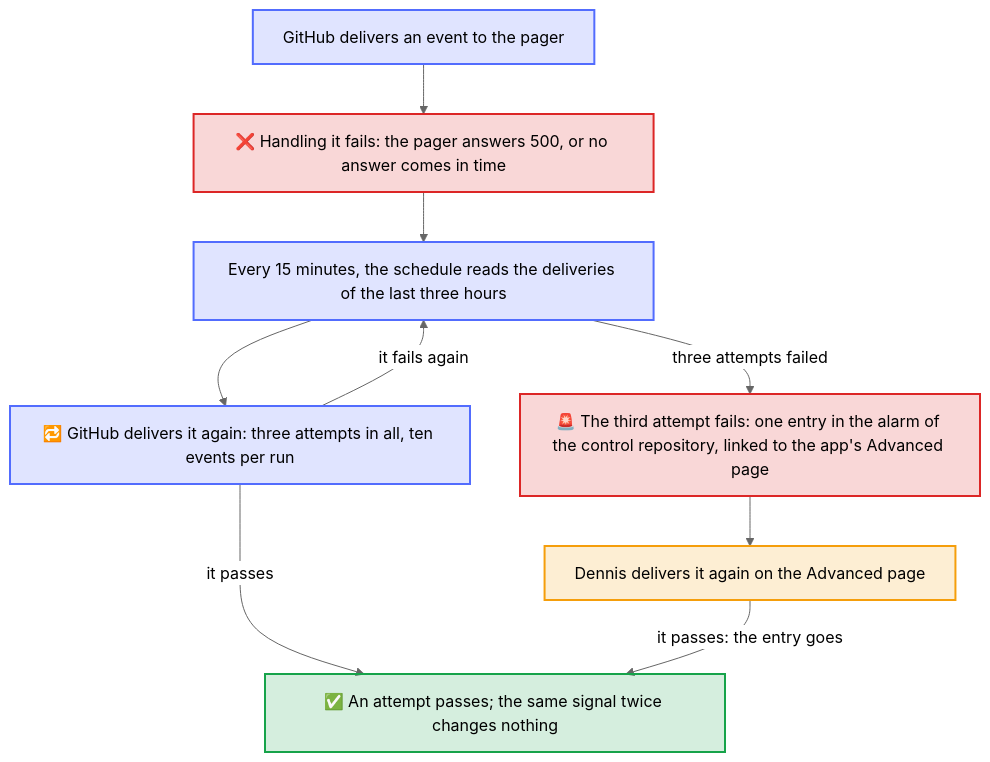
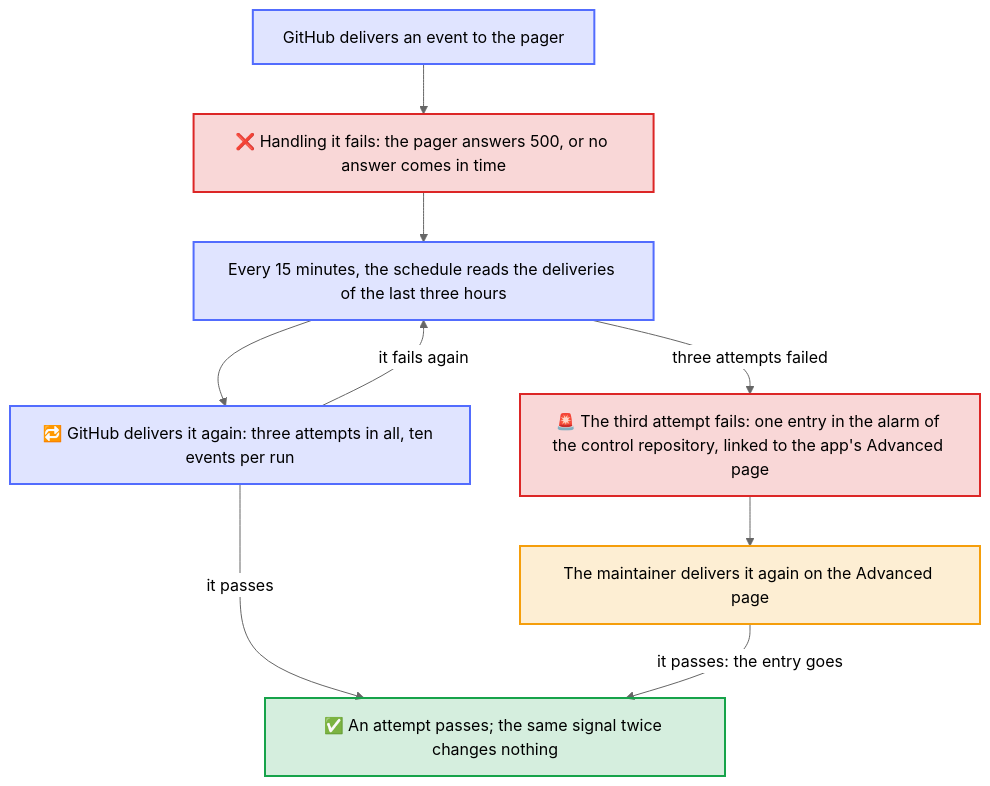
Before and after one commit to Dennis-Otto/dennis-otto-pager: the diagram in docs/diagrams/when-an-event-fails.mmd, drawn with Mermaid (neutral theme). The commit also changed 146 other files, not shown here.

First line of the commit message:
feat: Dennis Otto Pager is now Repo Pager, a pager that anyone runs for their own repositories (#110)

```diff
--- a/docs/diagrams/when-an-event-fails.mmd
+++ b/docs/diagrams/when-an-event-fails.mmd
@@ -1,32 +1,32 @@
 ---
 config:
   flowchart:
     wrappingWidth: 400
 ---
 flowchart TB
     accTitle: When an event of GitHub fails
-    accDescr: GitHub delivers an event to the pager, and handling it fails, such as in an outage of Telegram, so the pager answers 500, or no answer comes in time. GitHub never delivers it again by itself. Every 15 minutes, the schedule reads the deliveries of the app's webhook of the last three hours, and has GitHub deliver the event again, up to three attempts in all and ten events per run. An attempt that passes ends it, and since each signal changes nothing when it comes twice, a redelivery is safe. When the third attempt fails as well, the alarm of the control repository gets one entry, An event of GitHub fails, linked to the recent deliveries on the app's Advanced page. Dennis can deliver it again there, and an attempt that passes takes the entry out.
+    accDescr: GitHub delivers an event to the pager, and handling it fails, such as in an outage of Telegram, so the pager answers 500, or no answer comes in time. GitHub never delivers it again by itself. Every 15 minutes, the schedule reads the deliveries of the app's webhook of the last three hours, and has GitHub deliver the event again, up to three attempts in all and ten events per run. An attempt that passes ends it, and since each signal changes nothing when it comes twice, a redelivery is safe. When the third attempt fails as well, the alarm of the control repository gets one entry, An event of GitHub fails, linked to the recent deliveries on the app's Advanced page. The maintainer can deliver it again there, and an attempt that passes takes the entry out.
 
     event["GitHub delivers an event to the pager"]
     failed["`**❌** Handling it fails: the pager answers 500, or no answer comes in time`"]
     schedule["Every 15 minutes, the schedule reads the deliveries of the last three hours"]
     again["`**🔁** GitHub delivers it again: three attempts in all, ten events per run`"]
     passed["`**✅** An attempt passes; the same signal twice changes nothing`"]
     alarm["`**🚨** The third attempt fails: one entry in the alarm of the control repository, linked to the app's Advanced page`"]
-    redeliver["Dennis delivers it again on the Advanced page"]
+    redeliver["The maintainer delivers it again on the Advanced page"]
 
     event --> failed --> schedule --> again
     again -- "it passes" --> passed
     again -- "it fails again" --> schedule
     schedule -- "three attempts failed" --> alarm
     alarm --> redeliver
     redeliver -- "it passes: the entry goes" --> passed
 
     classDef you fill:#f59e0b2e,stroke:#f59e0b,stroke-width:2px
     classDef bot fill:#526cfe2e,stroke:#526cfe,stroke-width:2px
     classDef done fill:#16a34a2e,stroke:#16a34a,stroke-width:2px
     classDef warn fill:#dc26262e,stroke:#dc2626,stroke-width:2px
     class redeliver you
     class event,schedule,again bot
     class passed done
     class failed,alarm warn
```
